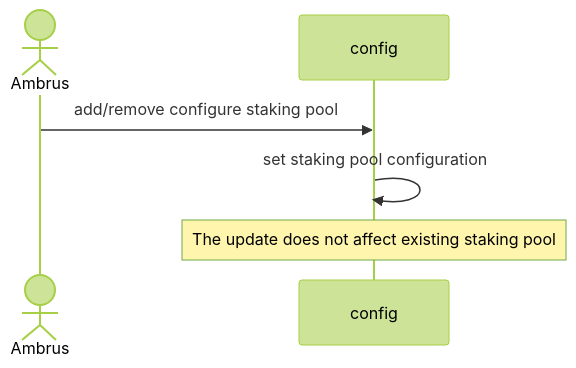
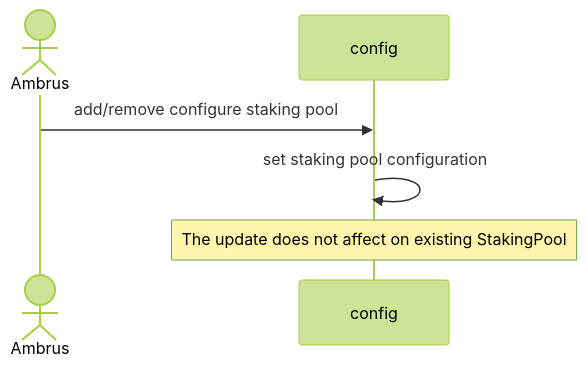
Before and after one commit to z330789559/e4c: the fourth of 4 diagrams in README.md, drawn with Mermaid (forest theme). The commit also changed other lines of this file, not shown here.

````diff
--- a/README.md
+++ b/README.md
@@ -82,8 +82,8 @@
 ```mermaid
 sequenceDiagram
     actor A as Ambrus
     participant config
     A ->> config: add/remove configure staking pool
     config ->> config: set staking pool configuration
-    Note over config: The update does not affect existing staking pool
+    Note over config: The update does not affect on existing StakingPool
 ```
````
